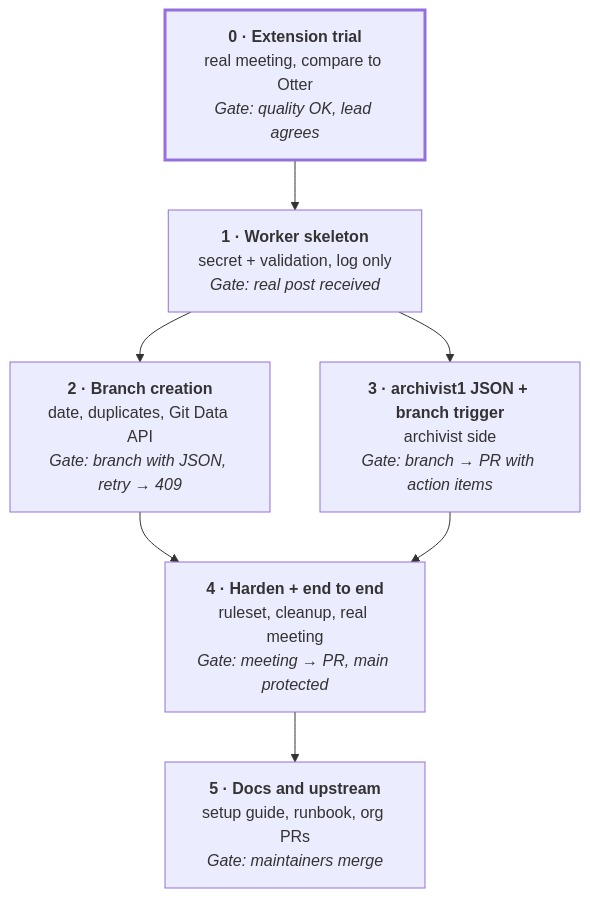
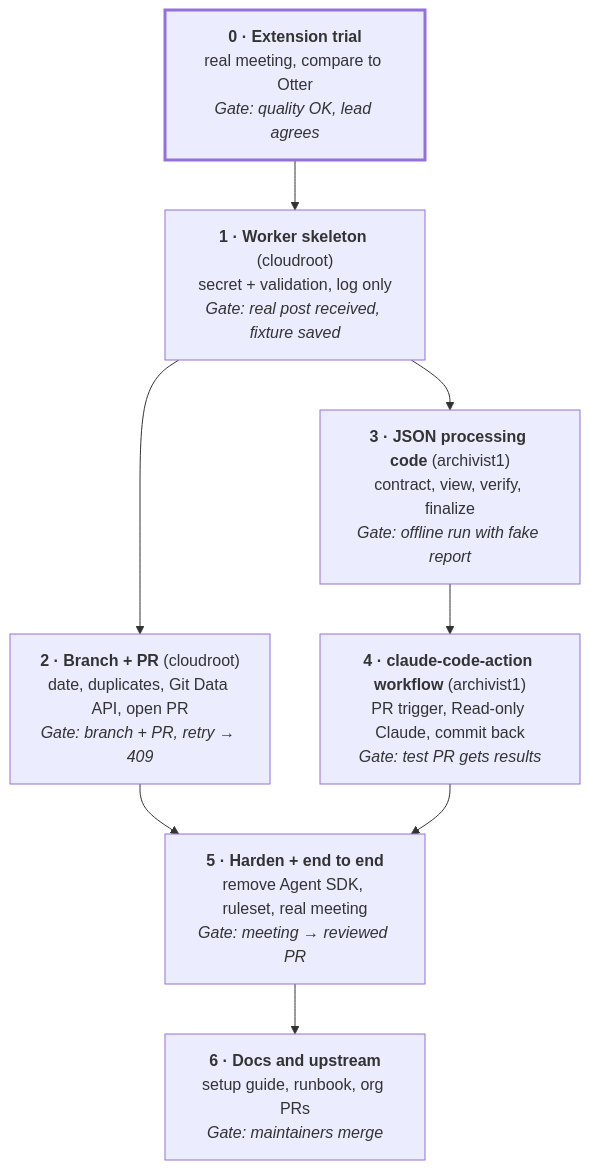
One commit to ravi-p-k-1/cloudroot changed the second of 2 diagrams in transcript-intake/PLAN.md. Above: the diagram before and after it, drawn with Mermaid. The commit also changed other lines of this file, not shown here.

First line of the commit message:
transcript-intake: update PLAN.md - Worker now opens the PR, archivist1 moves to claude-code-action

````diff
--- a/transcript-intake/PLAN.md
+++ b/transcript-intake/PLAN.md
@@ -82,12 +94,15 @@
 ```mermaid
 flowchart TD
   P0["<b>0 · Extension trial</b><br/>real meeting, compare to Otter<br/><i>Gate: quality OK, lead agrees</i>"]
-  P1["<b>1 · Worker skeleton</b><br/>secret + validation, log only<br/><i>Gate: real post received</i>"]
-  P2["<b>2 · Branch creation</b><br/>date, duplicates, Git Data API<br/><i>Gate: branch with JSON, retry → 409</i>"]
-  P3["<b>3 · archivist1 JSON + branch trigger</b><br/>archivist side<br/><i>Gate: branch → PR with action items</i>"]
-  P4["<b>4 · Harden + end to end</b><br/>ruleset, cleanup, real meeting<br/><i>Gate: meeting → PR, main protected</i>"]
-  P5["<b>5 · Docs and upstream</b><br/>setup guide, runbook, org PRs<br/><i>Gate: maintainers merge</i>"]
-  P0 --> P1 --> P2 --> P4
+  P1["<b>1 · Worker skeleton</b> (cloudroot)<br/>secret + validation, log only<br/><i>Gate: real post received, fixture saved</i>"]
+  P2["<b>2 · Branch + PR</b> (cloudroot)<br/>date, duplicates, Git Data API, open PR<br/><i>Gate: branch + PR, retry → 409</i>"]
+  P3["<b>3 · JSON processing code</b> (archivist1)<br/>contract, view, verify, finalize<br/><i>Gate: offline run with fake report</i>"]
+  P4["<b>4 · claude-code-action workflow</b> (archivist1)<br/>PR trigger, Read-only Claude, commit back<br/><i>Gate: test PR gets results</i>"]
+  P5["<b>5 · Harden + end to end</b><br/>remove Agent SDK, ruleset, real meeting<br/><i>Gate: meeting → reviewed PR</i>"]
+  P6["<b>6 · Docs and upstream</b><br/>setup guide, runbook, org PRs<br/><i>Gate: maintainers merge</i>"]
+  P0 --> P1
+  P1 --> P2 --> P5
   P1 --> P3 --> P4 --> P5
+  P5 --> P6
   style P0 stroke-width:3px
 ```
````
